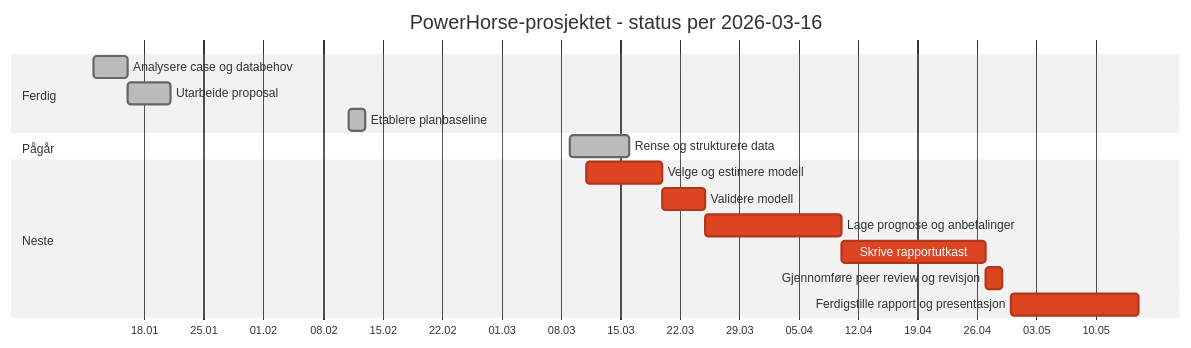
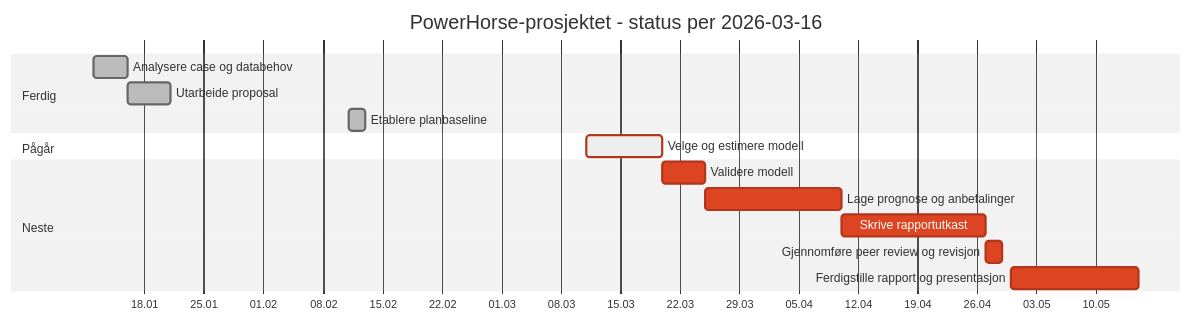
The diagram in 012 fase 2 - plan/status.md (LOG650/G00-example), drawn with Mermaid (neutral theme) before and after one commit. The commit also changed other lines of this file and 5 other files, not shown here.

````diff
--- a/012 fase 2 - plan/status.md
+++ b/012 fase 2 - plan/status.md
@@ -53,22 +55,21 @@
 ```mermaid
 gantt
     title PowerHorse-prosjektet - status per 2026-03-16
     dateFormat  YYYY-MM-DD
     axisFormat  %d.%m
 
     section Ferdig
     Analysere case og databehov :done, a1, 2026-01-12, 2026-01-16
     Utarbeide proposal :done, a2, 2026-01-16, 2026-01-21
     Etablere planbaseline :done, a3, 2026-02-11, 2026-02-13
 
     section Pågår
-    Rense og strukturere data :done, a4, 2026-03-09, 2026-03-16
+    Velge og estimere modell :active, crit, a5, 2026-03-11, 2026-03-20
 
     section Neste
-    Velge og estimere modell :crit, a5, 2026-03-11, 2026-03-20
     Validere modell :crit, a6, 2026-03-20, 2026-03-25
     Lage prognose og anbefalinger :crit, a7, 2026-03-25, 2026-04-10
     Skrive rapportutkast :crit, a8, 2026-04-10, 2026-04-27
     Gjennomføre peer review og revisjon :crit, a9, 2026-04-27, 2026-04-29
     Ferdigstille rapport og presentasjon :crit, a10, 2026-04-30, 2026-05-15
 ```
````
